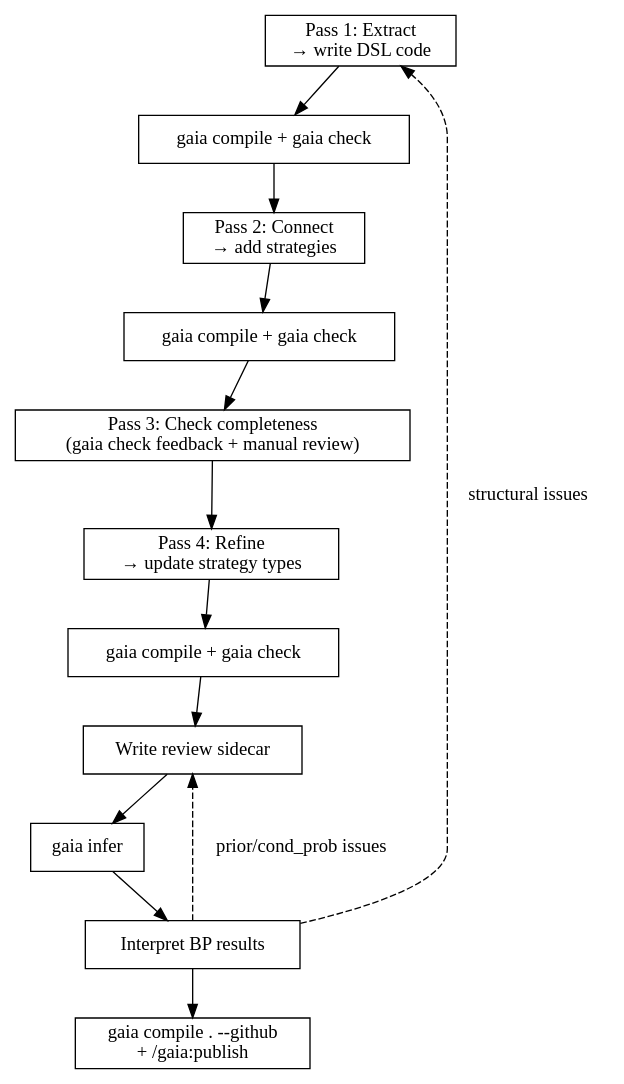
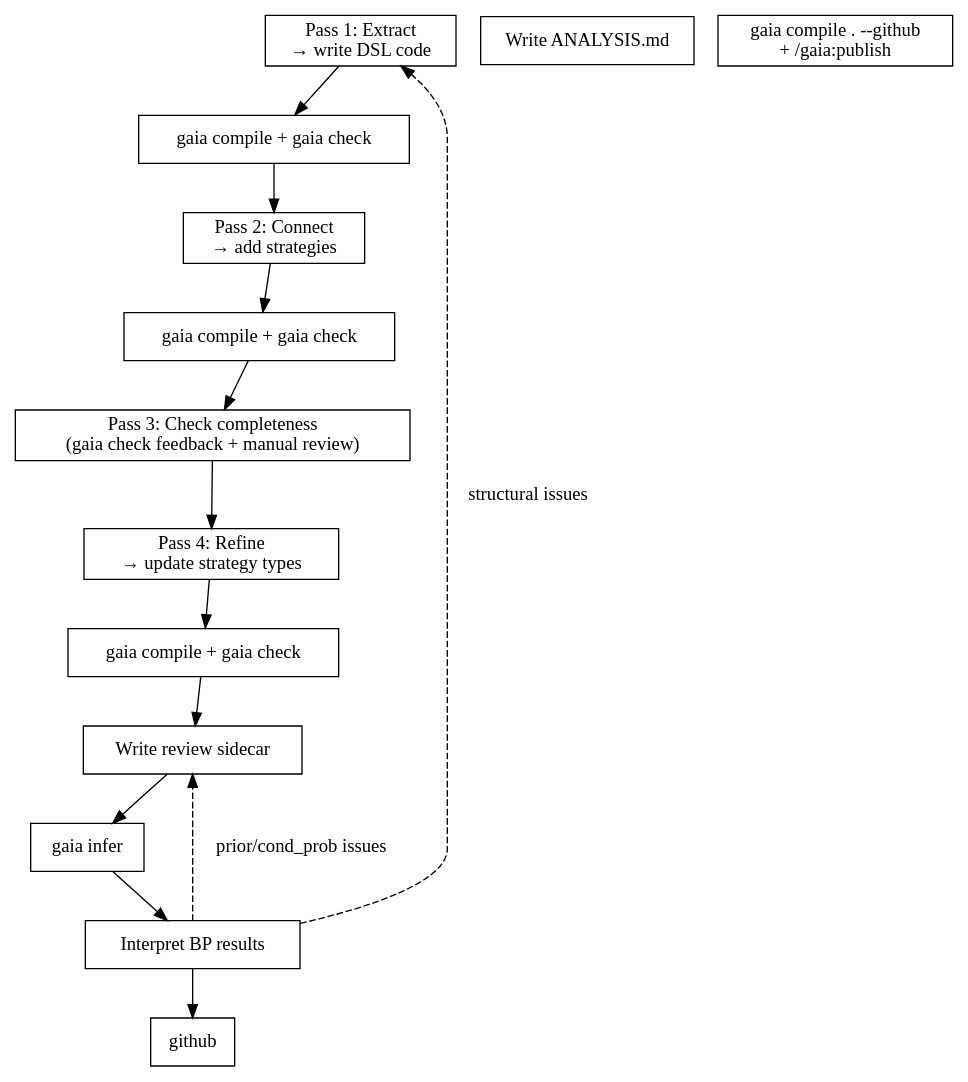
The first of 2 diagrams in skills/formalization/SKILL.md (SiliconEinstein/Gaia), drawn with Graphviz before and after one commit. The commit also changed other lines of this file and 4 other files, not shown here.

First line of the commit message:
feat: rename --readme to --module-graphs, output to docs/detailed-reasoning.md

````diff
--- a/skills/formalization/SKILL.md
+++ b/skills/formalization/SKILL.md
@@ -18,23 +18,24 @@
 ```dot
 digraph formalization {
     rankdir=TB;
     node [shape=box];
 
     p1 [label="Pass 1: Extract\n→ write DSL code"];
     r1 [label="gaia compile + gaia check"];
     p2 [label="Pass 2: Connect\n→ add strategies"];
     r2 [label="gaia compile + gaia check"];
     p3 [label="Pass 3: Check completeness\n(gaia check feedback + manual review)"];
     p4 [label="Pass 4: Refine\n→ update strategy types"];
     r4 [label="gaia compile + gaia check"];
     review [label="Write review sidecar"];
     compile [label="gaia infer"];
     interpret [label="Interpret BP results"];
-    github [label="gaia compile . --github\n+ /gaia:publish"];
+    analysis [label="Write ANALYSIS.md"];
+    readme [label="gaia compile . --github\n+ /gaia:publish"];
 
     p1 -> r1 -> p2 -> r2 -> p3 -> p4 -> r4 -> review -> compile -> interpret;
     interpret -> p1 [label="structural issues" style=dashed];
     interpret -> review [label="prior/cond_prob issues" style=dashed];
     interpret -> github;
 }
 ```
````
